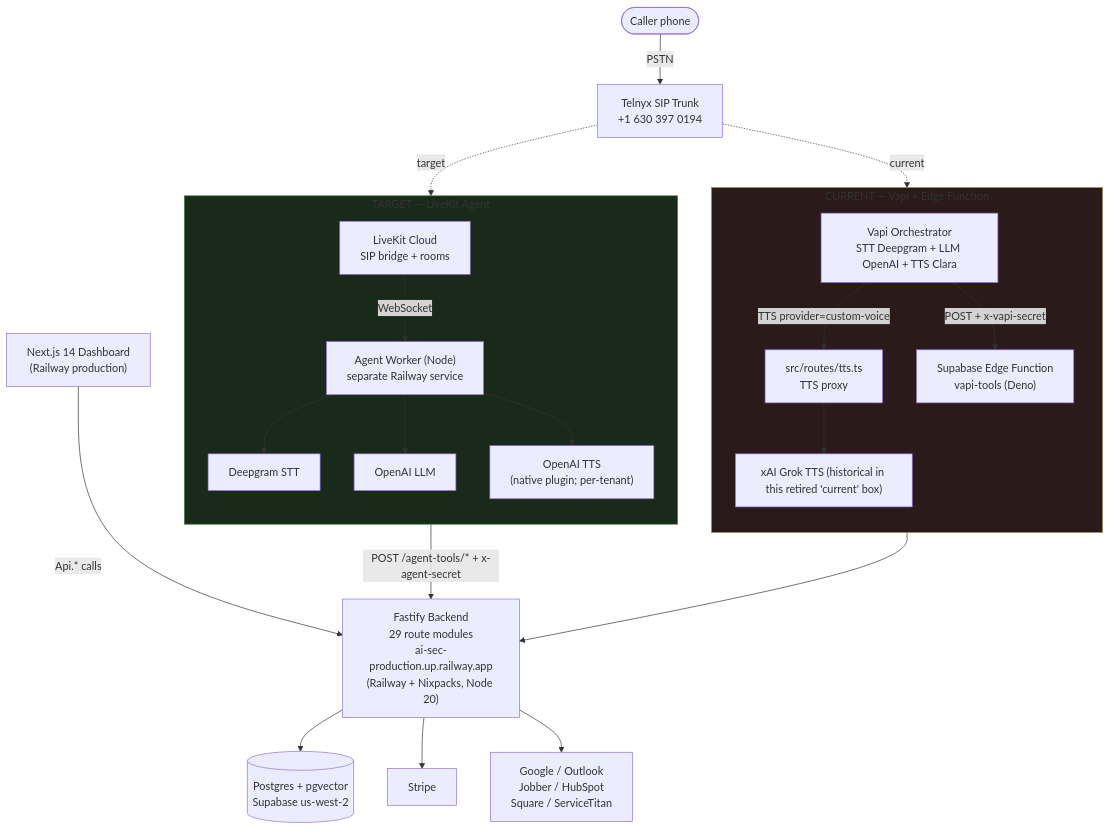
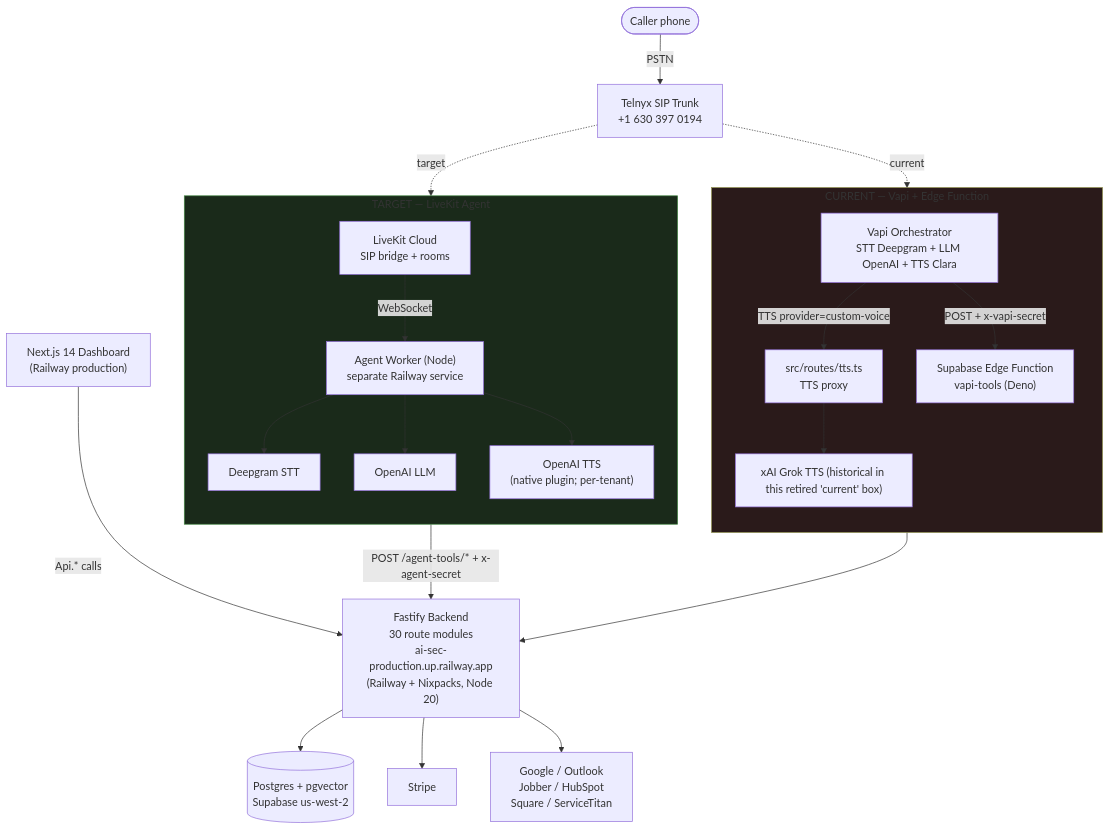
One commit to ddemott/ai-sec changed the diagram in docs/diagrams/01-deployment-topology.mmd. Above: the diagram before and after it, drawn with Mermaid. The commit also changed 1 other file, not shown here.

Commit message:
chore(docs): fix stale route/component counts in diagrams + architecture
- deployment topology diagram: 29 route modules → 30
- architecture tree: ~60 feature components → ~80 (post-decomp)

```diff
--- a/docs/diagrams/01-deployment-topology.mmd
+++ b/docs/diagrams/01-deployment-topology.mmd
@@ -1,49 +1,49 @@
 flowchart TB
   Caller([Caller phone])
   Telnyx["Telnyx SIP Trunk<br/>+1 630 397 0194"]
   Caller -->|PSTN| Telnyx
 
   subgraph curr["CURRENT — Vapi + Edge Function"]
     direction TB
     Vapi["Vapi Orchestrator<br/>STT Deepgram + LLM OpenAI + TTS Clara"]
     TTSProxy["src/routes/tts.ts<br/>TTS proxy"]
     XAI["xAI Grok TTS (historical in this retired 'current' box)"]
     EdgeFn["Supabase Edge Function<br/>vapi-tools (Deno)"]
     Vapi -->|TTS provider=custom-voice| TTSProxy
     TTSProxy --> XAI
     Vapi -->|POST + x-vapi-secret| EdgeFn
   end
 
   subgraph tgt["TARGET — LiveKit Agent"]
     direction TB
     LiveKit["LiveKit Cloud<br/>SIP bridge + rooms"]
     Agent["Agent Worker (Node)<br/>separate Railway service"]
     DG["Deepgram STT"]
     OAI["OpenAI LLM"]
     TTSNative["OpenAI TTS<br/>(native plugin; per-tenant)"]
     LiveKit -->|WebSocket| Agent
     Agent --> DG
     Agent --> OAI
     Agent --> TTSNative
   end
 
   Telnyx -.current.-> Vapi
   Telnyx -.target.-> LiveKit
 
-  Fastify["Fastify Backend<br/>29 route modules<br/>ai-sec-production.up.railway.app<br/>(Railway + Nixpacks, Node 20)"]
+  Fastify["Fastify Backend<br/>30 route modules<br/>ai-sec-production.up.railway.app<br/>(Railway + Nixpacks, Node 20)"]
 
   EdgeFn --> Fastify
   Agent -->|POST /agent-tools/* + x-agent-secret| Fastify
 
   Postgres[("Postgres + pgvector<br/>Supabase us-west-2")]
   Stripe["Stripe"]
   Integrations["Google / Outlook<br/>Jobber / HubSpot<br/>Square / ServiceTitan"]
   Dashboard["Next.js 14 Dashboard<br/>(Railway production)"]
 
   Fastify --> Postgres
   Fastify --> Stripe
   Fastify --> Integrations
   Dashboard -->|Api.* calls| Fastify
 
   style curr fill:#2a1a1a,stroke:#884
   style tgt fill:#1a2a1a,stroke:#484
```
